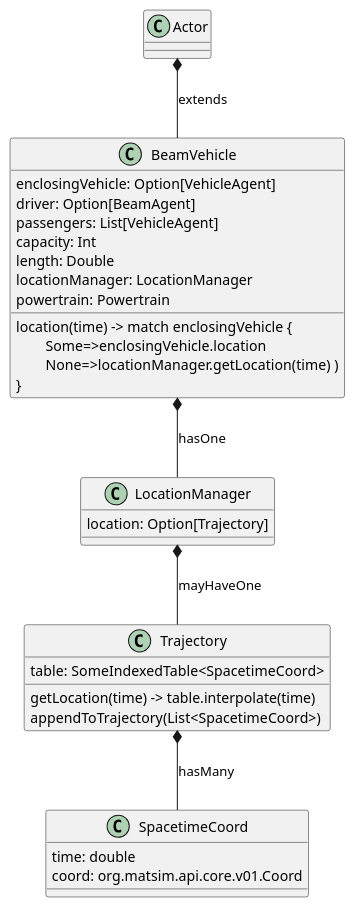
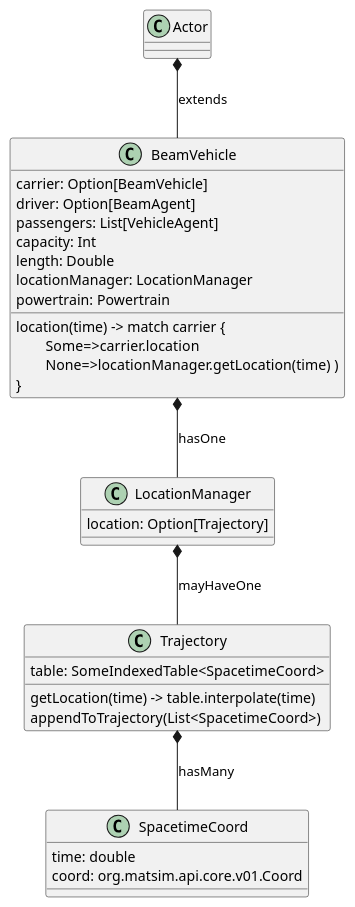
The diagram in docs/uml/VehicleAgentSpec.puml (LBNL-UCB-STI/beam), drawn with PlantUML before and after one commit. The commit also changed 17 other files, not shown here.

Commit message:
Vehicles Part 2 - Managers and inputs *reuse MATSim input format for vehicles and housholds *refactoring of BeamVehicle to adapt VehicleManager requirements

```diff
--- a/docs/uml/VehicleAgentSpec.puml
+++ b/docs/uml/VehicleAgentSpec.puml
@@ -1,50 +1,50 @@
 @startuml
 scale 900 height
 
 ' See this page for diagram conventions:
 ' http://plantuml.com/class-diagram
 
 /'
 NOTES:
 A driver is a BeamAgent and does NOT need to be physically inside vehicle
 passengers are BeamVehicles and are physically in vehicle and move with the vehicle
 (e.g. a PersonAgent who is driving alone would be the driver of the vehicle and his/her
 HumanBodyVehicle would be a passenger)
 HumanBodyVehicle is a special case, it has no passengers, just a driver
 Transit Vehicles will need a boardAlightDelayFunction
  '/
 
 class BeamVehicle {
-  enclosingVehicle: Option[VehicleAgent]
+  carrier: Option[BeamVehicle]
   driver: Option[BeamAgent]
   passengers: List[VehicleAgent]
   capacity: Int
   length: Double
   locationManager: LocationManager
   powertrain: Powertrain
-  location(time) -> match enclosingVehicle { \n\tSome=>enclosingVehicle.location\n\tNone=>locationManager.getLocation(time) )\n}
+  location(time) -> match carrier { \n\tSome=>carrier.location\n\tNone=>locationManager.getLocation(time) )\n}
 }
 
 'Either make this an actor or remove and have trajectory under VehAgent
 class LocationManager {
    location: Option[Trajectory]
 }
 
 class Trajectory {
    table: SomeIndexedTable<SpacetimeCoord>
    getLocation(time) -> table.interpolate(time)
    appendToTrajectory(List<SpacetimeCoord>)
 }
 
 class SpacetimeCoord {
     time: double
     coord: org.matsim.api.core.v01.Coord
 }
 
 Actor *-- BeamVehicle : extends
 BeamVehicle *-- LocationManager : hasOne
 LocationManager *-- Trajectory : mayHaveOne
 Trajectory *-- SpacetimeCoord: hasMany
 
 
 @enduml
```
